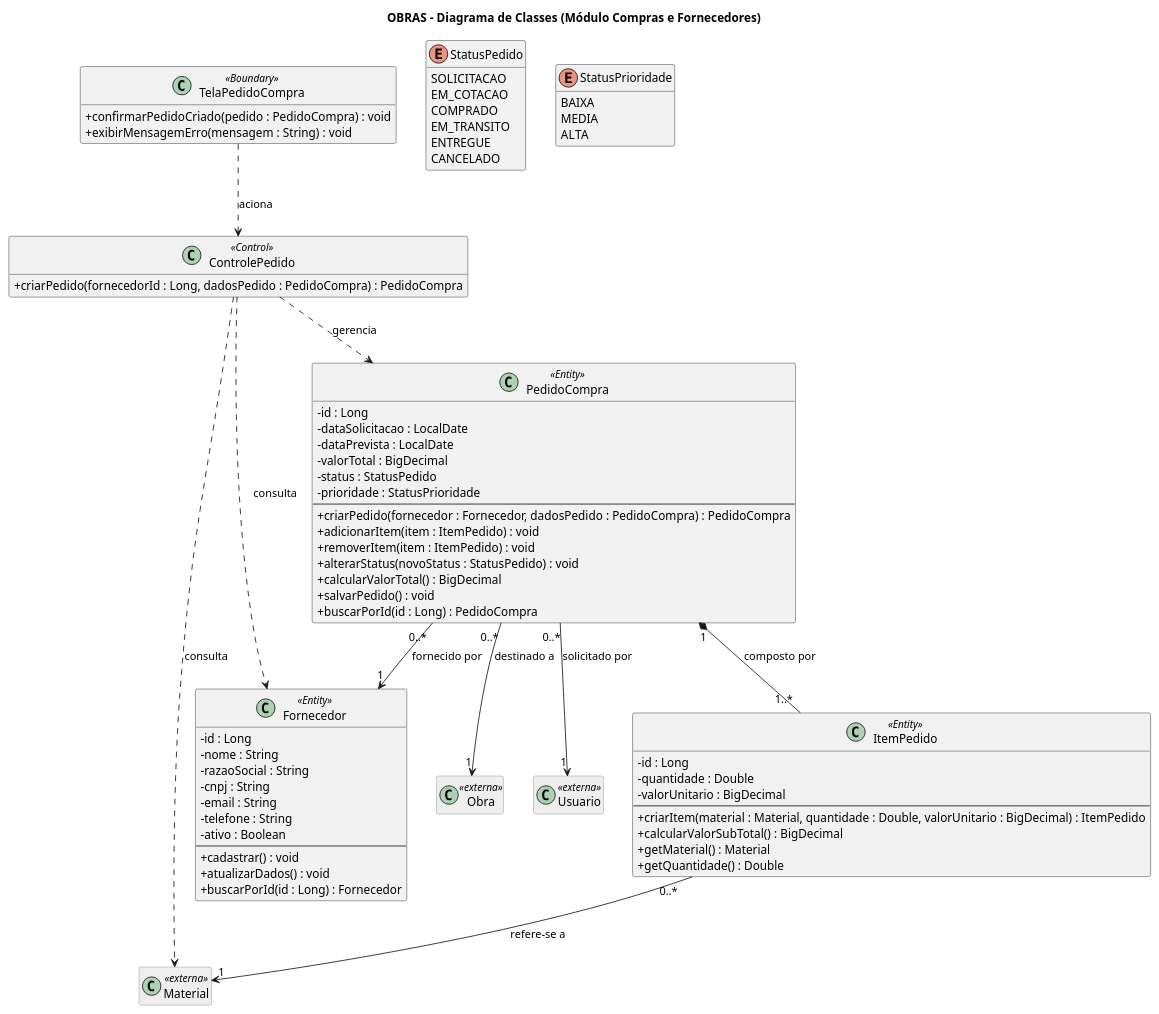
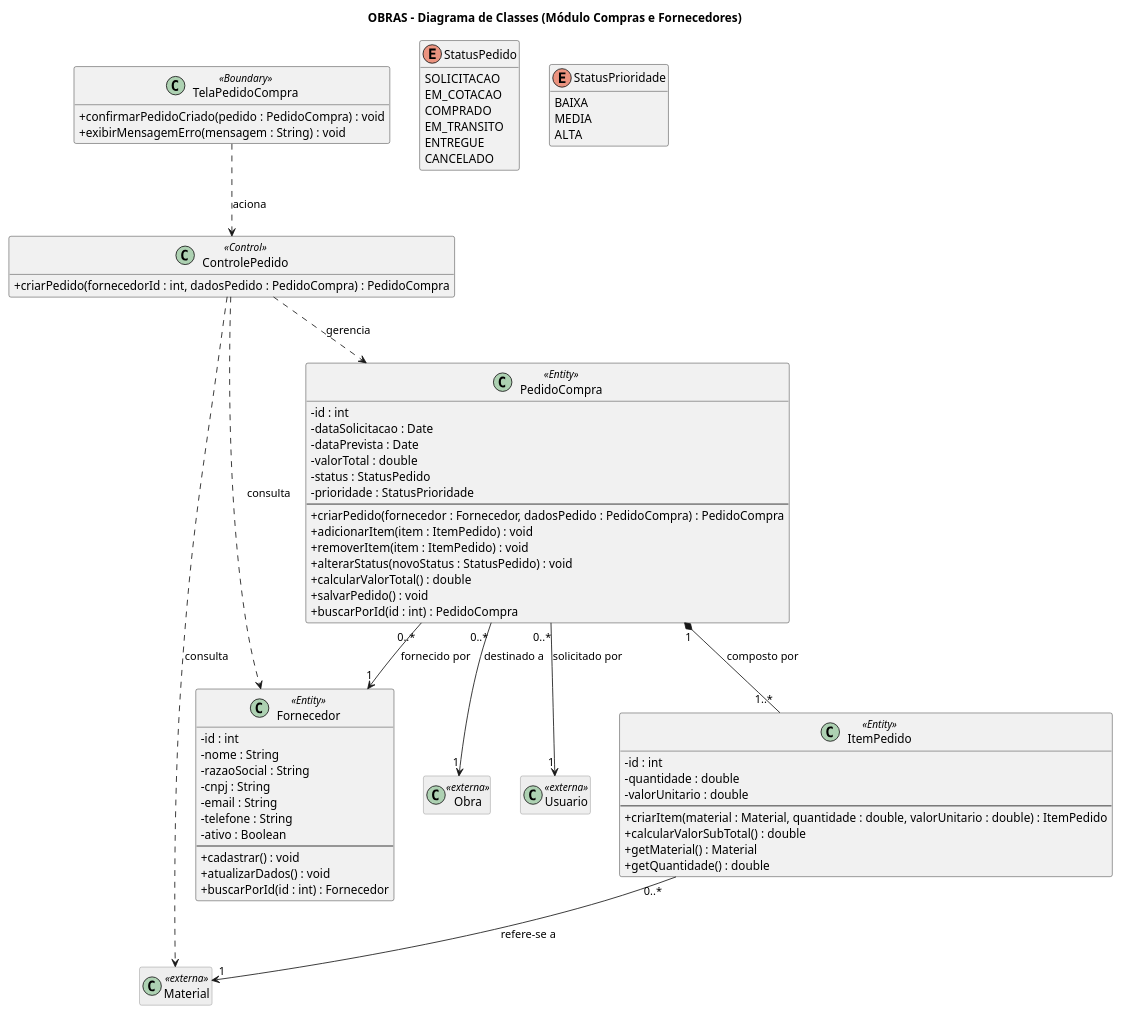
One commit to bernardoanobrega/oBRAS changed the diagram in Diagramas de classe/Modulo_ComprasFonecedores/ComprasFornecedores.puml. Above: the diagram before and after it, drawn with PlantUML. The commit also changed 4 other files, not shown here.

Commit message:
Atualização dos diagramas de projeto para classes

```diff
--- a/Diagramas de classe/Modulo_ComprasFonecedores/ComprasFornecedores.puml
+++ b/Diagramas de classe/Modulo_ComprasFonecedores/ComprasFornecedores.puml
@@ -1,96 +1,96 @@
 @startuml compras-fornecedores-class-diagram
 title OBRAS - Diagrama de Classes (Módulo Compras e Fornecedores)
 
 skinparam classAttributeIconSize 0
 skinparam ClassFontSize 14
 skinparam classBackgroundColor<<externa>> #EEEEEE
 skinparam classBorderColor<<externa>> #888888
 hide empty members
 
 ' ===== CLASSES EXTERNAS =====
 class Obra <<externa>>
 class Usuario <<externa>>
 class Material <<externa>>
 
 ' ===== FRONTEIRA E CONTROLE (BCE) =====
 class TelaPedidoCompra <<Boundary>> {
   +confirmarPedidoCriado(pedido : PedidoCompra) : void
   +exibirMensagemErro(mensagem : String) : void
 }
 
 class ControlePedido <<Control>> {
-  +criarPedido(fornecedorId : Long, dadosPedido : PedidoCompra) : PedidoCompra
+  +criarPedido(fornecedorId : int, dadosPedido : PedidoCompra) : PedidoCompra
 }
 
 ' ===== NÚCLEO (ENTIDADES) =====
 class Fornecedor <<Entity>> {
-  -id : Long
+  -id : int
   -nome : String
   -razaoSocial : String
   -cnpj : String
   -email : String
   -telefone : String
   -ativo : Boolean
   --
   +cadastrar() : void
   +atualizarDados() : void
-  +buscarPorId(id : Long) : Fornecedor
+  +buscarPorId(id : int) : Fornecedor
 }
 
 class PedidoCompra <<Entity>> {
-  -id : Long
-  -dataSolicitacao : LocalDate
-  -dataPrevista : LocalDate
-  -valorTotal : BigDecimal
+  -id : int
+  -dataSolicitacao : Date
+  -dataPrevista : Date
+  -valorTotal : double
   -status : StatusPedido
   -prioridade : StatusPrioridade
   --
   +criarPedido(fornecedor : Fornecedor, dadosPedido : PedidoCompra) : PedidoCompra
   +adicionarItem(item : ItemPedido) : void
   +removerItem(item : ItemPedido) : void
   +alterarStatus(novoStatus : StatusPedido) : void
-  +calcularValorTotal() : BigDecimal
+  +calcularValorTotal() : double
   +salvarPedido() : void
-  +buscarPorId(id : Long) : PedidoCompra
+  +buscarPorId(id : int) : PedidoCompra
 }
 
 class ItemPedido <<Entity>> {
-  -id : Long
-  -quantidade : Double
-  -valorUnitario : BigDecimal
+  -id : int
+  -quantidade : double
+  -valorUnitario : double
   --
-  +criarItem(material : Material, quantidade : Double, valorUnitario : BigDecimal) : ItemPedido
-  +calcularValorSubTotal() : BigDecimal
+  +criarItem(material : Material, quantidade : double, valorUnitario : double) : ItemPedido
+  +calcularValorSubTotal() : double
   +getMaterial() : Material
-  +getQuantidade() : Double
+  +getQuantidade() : double
 }
 
 ' ===== ENUMERAÇÕES =====
 enum StatusPedido {
   SOLICITACAO
   EM_COTACAO
   COMPRADO
   EM_TRANSITO
   ENTREGUE
   CANCELADO
 }
 
 enum StatusPrioridade {
   BAIXA
   MEDIA
   ALTA
 }
 
 ' ===== RELAÇÕES =====
 TelaPedidoCompra ..> ControlePedido : aciona
 ControlePedido ..> PedidoCompra : gerencia
 ControlePedido ..> Fornecedor : consulta
 ControlePedido ..> Material : consulta
 
 PedidoCompra "0..*" --> "1" Fornecedor : fornecido por
 PedidoCompra "0..*" --> "1" Obra : destinado a
 PedidoCompra "0..*" --> "1" Usuario : solicitado por
 PedidoCompra "1" *-- "1..*" ItemPedido : composto por
 ItemPedido "0..*" --> "1" Material : refere-se a
 
 @enduml
```
